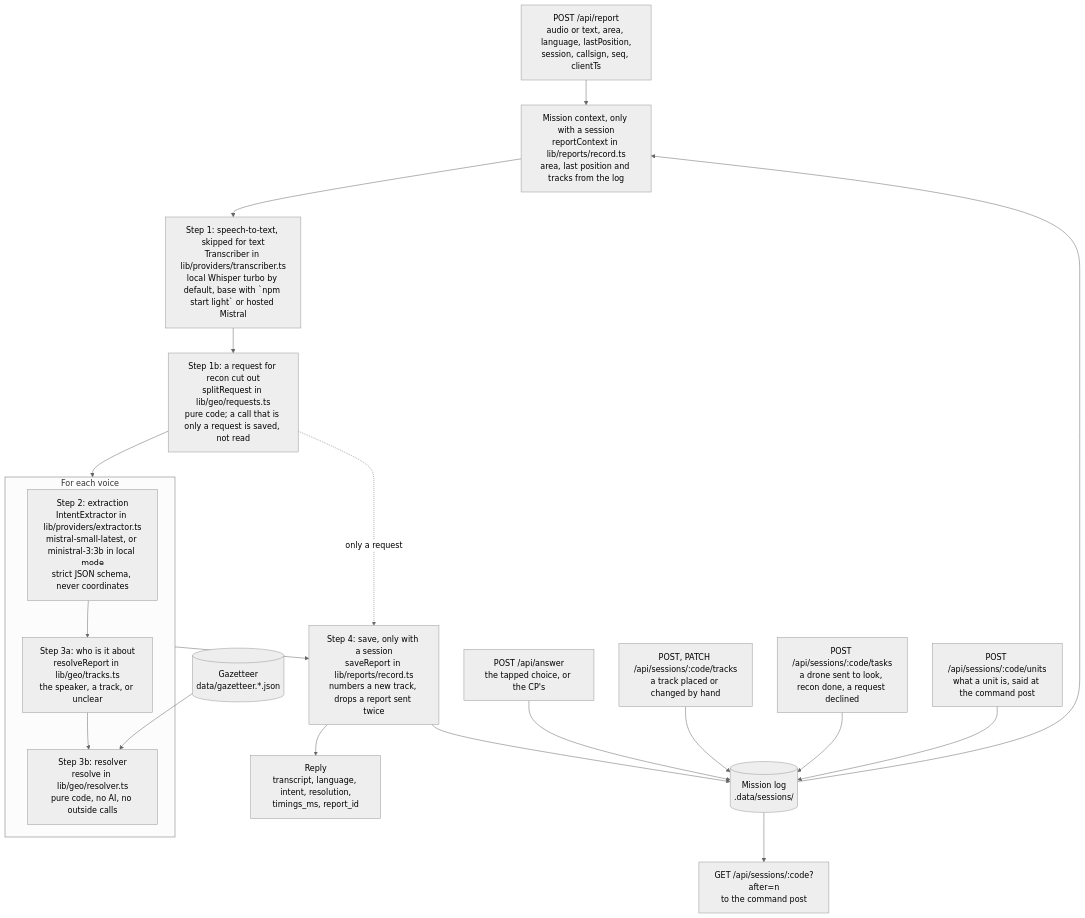
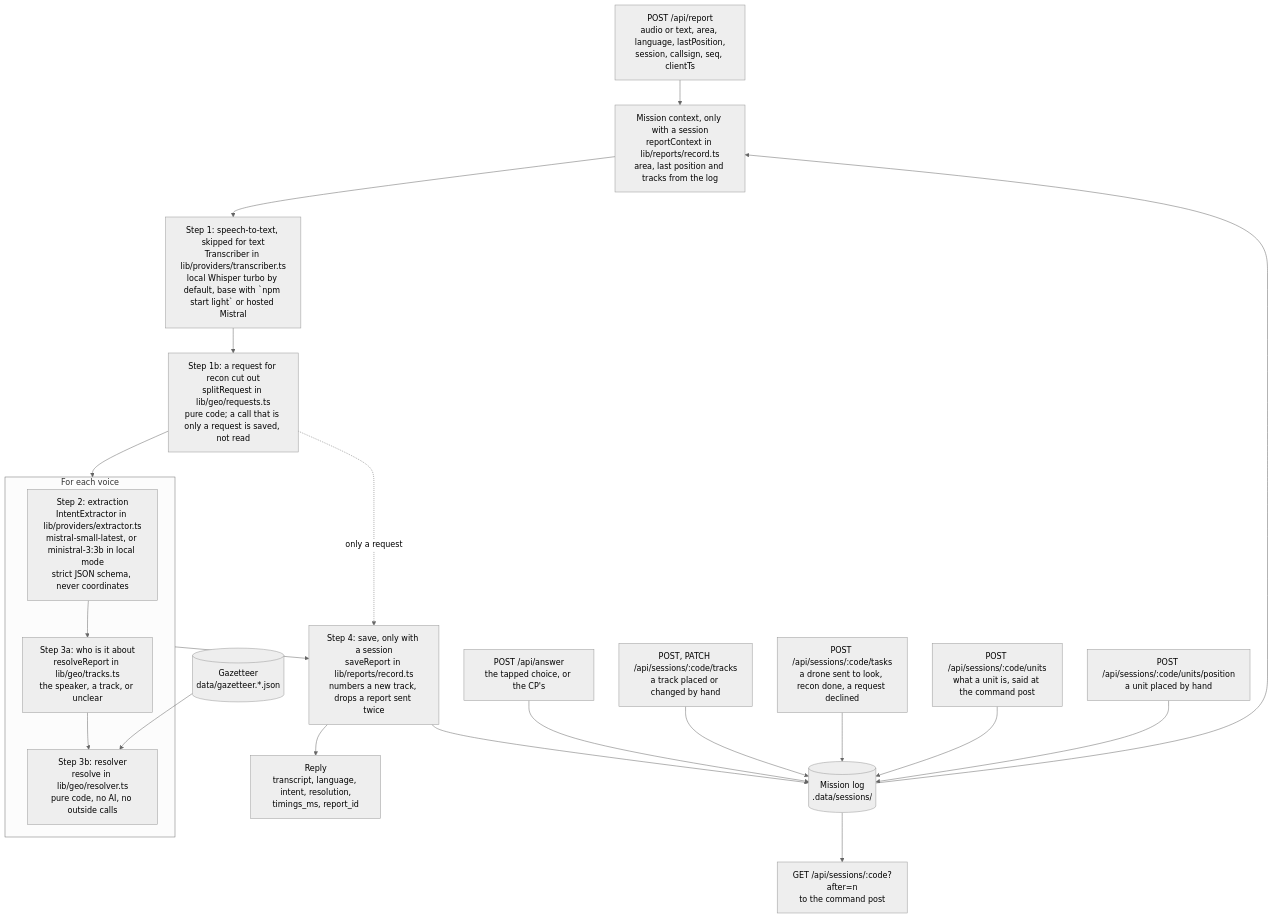
One commit to adam2765/edth-hackathon changed the second of 5 diagrams in docs/architecture.md. Above: the diagram before and after it, drawn with Mermaid (neutral theme). The commit also changed other lines of this file and 17 other files, not shown here.

First line of the commit message:
Command post: a unit placed by hand, with a confirm and a log entry

````diff
--- a/docs/architecture.md
+++ b/docs/architecture.md
@@ -77,33 +77,35 @@
 ```mermaid
 flowchart TB
     IN["POST /api/report<br/>audio or text, area, language, lastPosition,<br/>session, callsign, seq, clientTs"]
     CTX["Mission context, only with a session<br/>reportContext in lib/reports/record.ts<br/>area, last position and tracks from the log"]
     STT["Step 1: speech-to-text, skipped for text<br/>Transcriber in lib/providers/transcriber.ts<br/>local Whisper turbo by default, base with `npm start light` or hosted Mistral"]
     REQ["Step 1b: a request for recon cut out<br/>splitRequest in lib/geo/requests.ts<br/>pure code; a call that is only a request is saved, not read"]
     subgraph VOICES["For each voice"]
         EXT["Step 2: extraction<br/>IntentExtractor in lib/providers/extractor.ts<br/>mistral-small-latest, or ministral-3:3b in local mode<br/>strict JSON schema, never coordinates"]
         SUB["Step 3a: who is it about<br/>resolveReport in lib/geo/tracks.ts<br/>the speaker, a track, or unclear"]
         RES["Step 3b: resolver<br/>resolve in lib/geo/resolver.ts<br/>pure code, no AI, no outside calls"]
         EXT --> SUB --> RES
     end
     GAZ[("Gazetteer<br/>data/gazetteer.*.json")]
     SAVE["Step 4: save, only with a session<br/>saveReport in lib/reports/record.ts<br/>numbers a new track, drops a report sent twice"]
     OUT["Reply<br/>transcript, language, intent, resolution,<br/>timings_ms, report_id"]
     LOG[("Mission log<br/>.data/sessions/")]
     ANS["POST /api/answer<br/>the tapped choice, or the CP's"]
     PLOT["POST, PATCH /api/sessions/:code/tracks<br/>a track placed or changed by hand"]
     TASK["POST /api/sessions/:code/tasks<br/>a drone sent to look, recon done, a request declined"]
     UNIT["POST /api/sessions/:code/units<br/>what a unit is, said at the command post"]
+    FIX["POST /api/sessions/:code/units/position<br/>a unit placed by hand"]
     READ["GET /api/sessions/:code?after=n<br/>to the command post"]
 
     IN --> CTX --> STT --> REQ --> VOICES --> SAVE --> OUT
     REQ -. "only a request" .-> SAVE
     GAZ --> RES
     LOG --> CTX
     SAVE --> LOG
     ANS --> LOG
     PLOT --> LOG
     TASK --> LOG
     UNIT --> LOG
+    FIX --> LOG
     LOG --> READ
 ```
````
